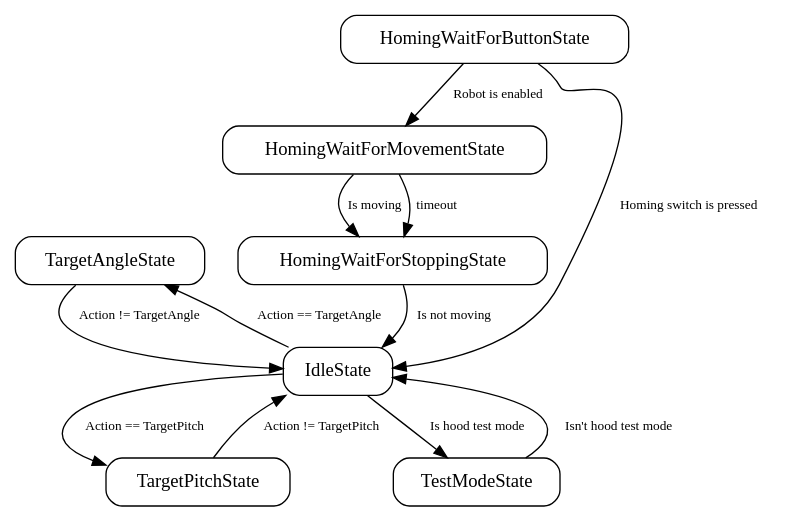
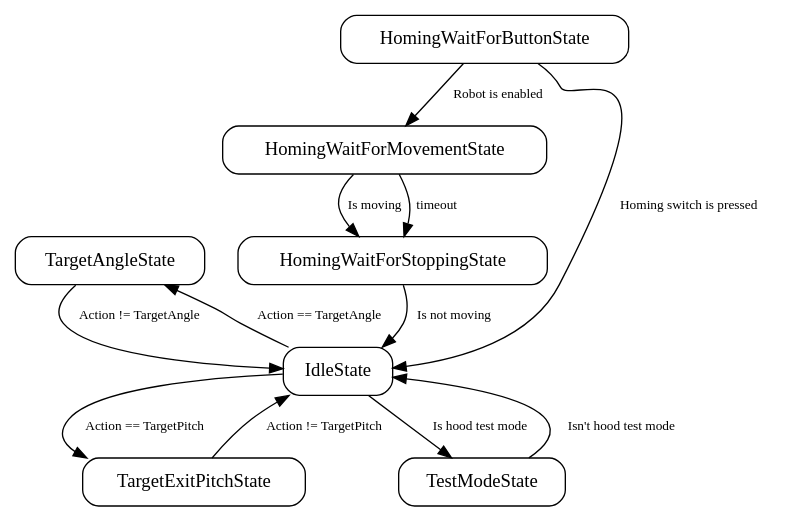
One commit to team401/2026-Robot-Code changed the diagram in state_machine_graphs/hood.dot. Above: the diagram before and after it, drawn with Graphviz. The commit also changed 3 other files, not shown here.

```diff
--- a/state_machine_graphs/hood.dot
+++ b/state_machine_graphs/hood.dot
@@ -1,45 +1,45 @@
 digraph {
 
   // Graphviz Format settings
 
   node [
     shape=box,
     style=rounded
   ];
 
   edge [
     fontsize=10
   ];
 
 
   // States
 
   TargetAngleState ;
   HomingWaitForMovementState ;
   HomingWaitForStoppingState ;
   IdleState ;
-  TargetPitchState ;
+  TargetExitPitchState ;
   TestModeState ;
   HomingWaitForButtonState ;
 
   // Transitions
 
   TargetAngleState -> IdleState [label="Action != TargetAngle"];
 
   HomingWaitForMovementState -> HomingWaitForStoppingState [label="Is moving"];
   HomingWaitForMovementState -> HomingWaitForStoppingState [label="timeout"];
 
   HomingWaitForStoppingState -> IdleState [label="Is not moving"];
 
   IdleState -> TestModeState [label="Is hood test mode"];
-  IdleState -> TargetPitchState [label="Action == TargetPitch"];
+  IdleState -> TargetExitPitchState [label="Action == TargetPitch"];
   IdleState -> TargetAngleState [label="Action == TargetAngle"];
 
-  TargetPitchState -> IdleState [label="Action != TargetPitch"];
+  TargetExitPitchState -> IdleState [label="Action != TargetPitch"];
 
   TestModeState -> IdleState [label="Isn't hood test mode"];
 
   HomingWaitForButtonState -> IdleState [label="Homing switch is pressed"];
   HomingWaitForButtonState -> HomingWaitForMovementState [label="Robot is enabled"];
 
 }
```
